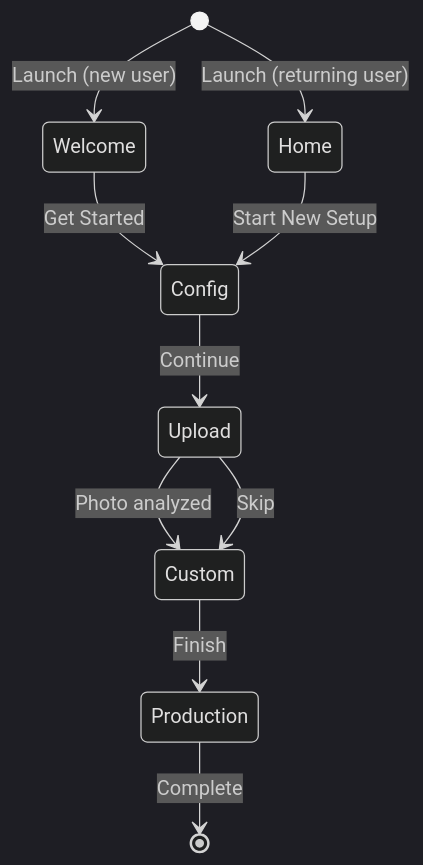
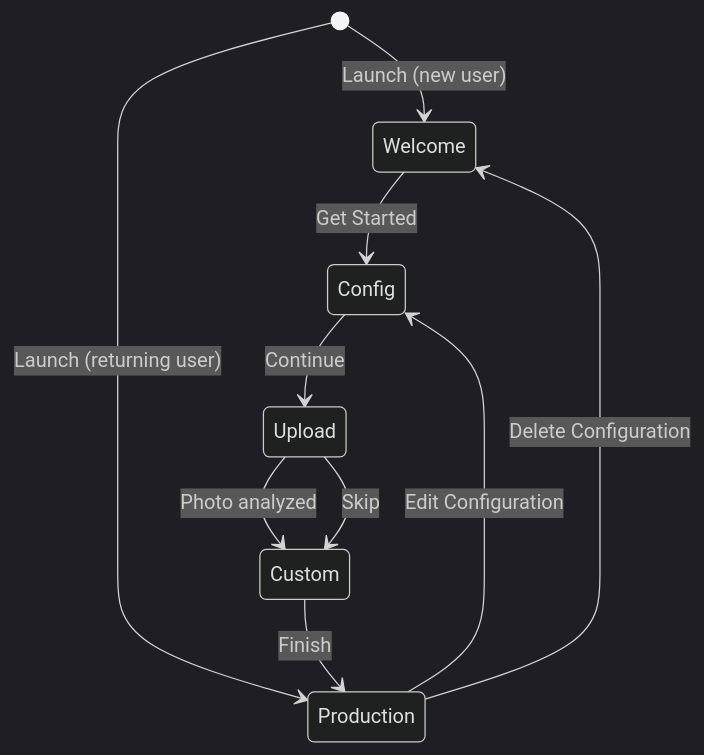
Before and after one commit to benjaminkomen/solar-array-simulator: the first of 2 diagrams in CLAUDE.md, drawn with Mermaid (dark theme). The commit also changed other lines of this file and 12 other files, not shown here.

````diff
--- a/CLAUDE.md
+++ b/CLAUDE.md
@@ -58,12 +58,12 @@
 ```mermaid
 stateDiagram-v2
     [*] --> Welcome: Launch (new user)
-    [*] --> Home: Launch (returning user)
+    [*] --> Production: Launch (returning user)
     Welcome --> Config: Get Started
-    Home --> Config: Start New Setup
     Config --> Upload: Continue
     Upload --> Custom: Photo analyzed
     Upload --> Custom: Skip
     Custom --> Production: Finish
-    Production --> [*]: Complete
+    Production --> Config: Edit Configuration
+    Production --> Welcome: Delete Configuration
 ```
````
